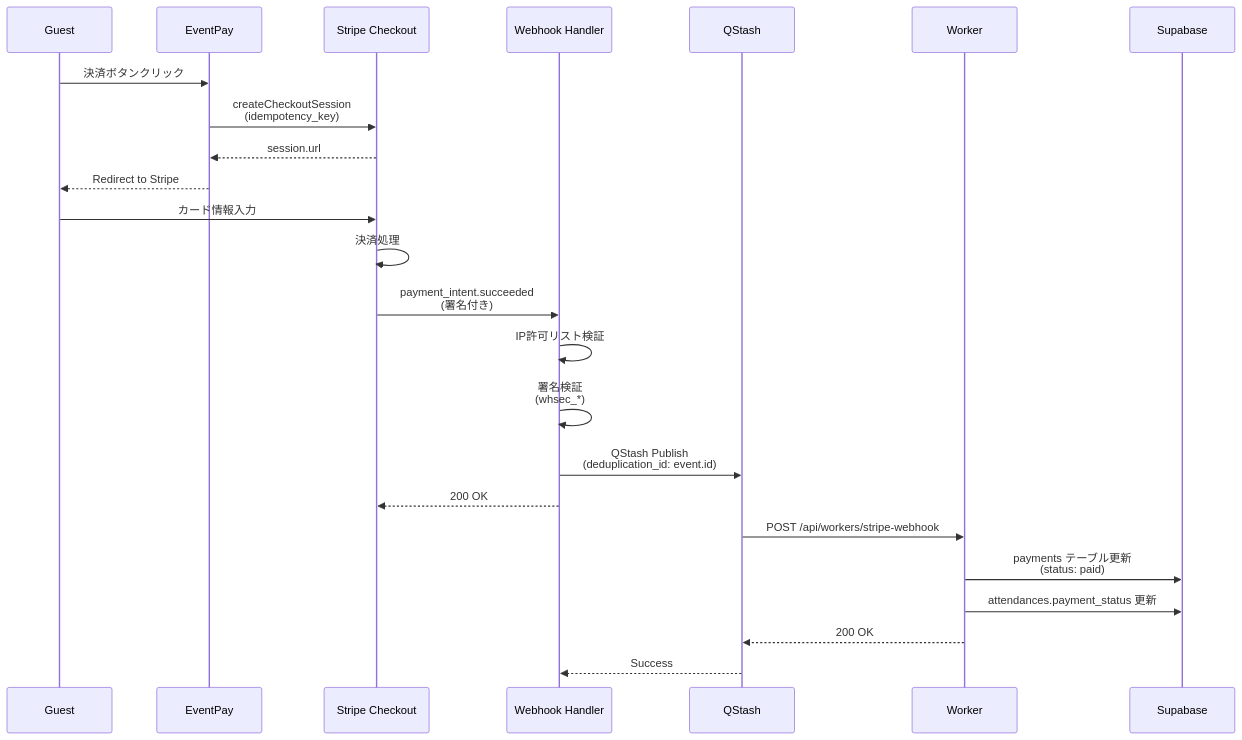
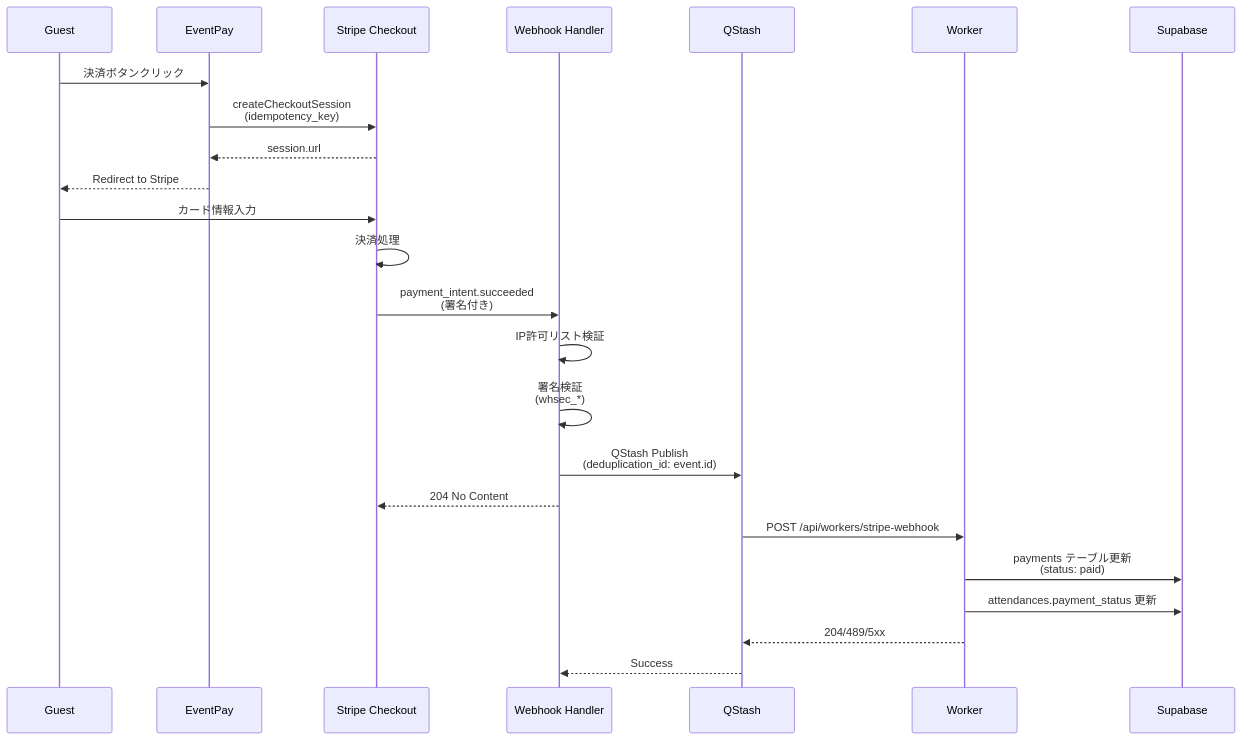
One commit to rytkhs/event-pay changed the third of 3 diagrams in docs/architecture.md. Above: the diagram before and after it, drawn with Mermaid. The commit also changed other lines of this file and 6 other files, not shown here.

````diff
--- a/docs/architecture.md
+++ b/docs/architecture.md
@@ -170,27 +171,27 @@
 ```mermaid
 sequenceDiagram
     participant G as Guest
     participant App as EventPay
     participant Stripe as Stripe Checkout
     participant WH as Webhook Handler
     participant Q as QStash
     participant W as Worker
     participant DB as Supabase
 
     G->>App: 決済ボタンクリック
     App->>Stripe: createCheckoutSession<br/>(idempotency_key)
     Stripe-->>App: session.url
     App-->>G: Redirect to Stripe
     G->>Stripe: カード情報入力
     Stripe->>Stripe: 決済処理
     Stripe->>WH: payment_intent.succeeded<br/>(署名付き)
     WH->>WH: IP許可リスト検証
     WH->>WH: 署名検証<br/>(whsec_*)
     WH->>Q: QStash Publish<br/>(deduplication_id: event.id)
-    WH-->>Stripe: 200 OK
+    WH-->>Stripe: 204 No Content
     Q->>W: POST /api/workers/stripe-webhook
     W->>DB: payments テーブル更新<br/>(status: paid)
     W->>DB: attendances.payment_status 更新
-    W-->>Q: 200 OK
+    W-->>Q: 204/489/5xx
     Q-->>WH: Success
 ```
````
